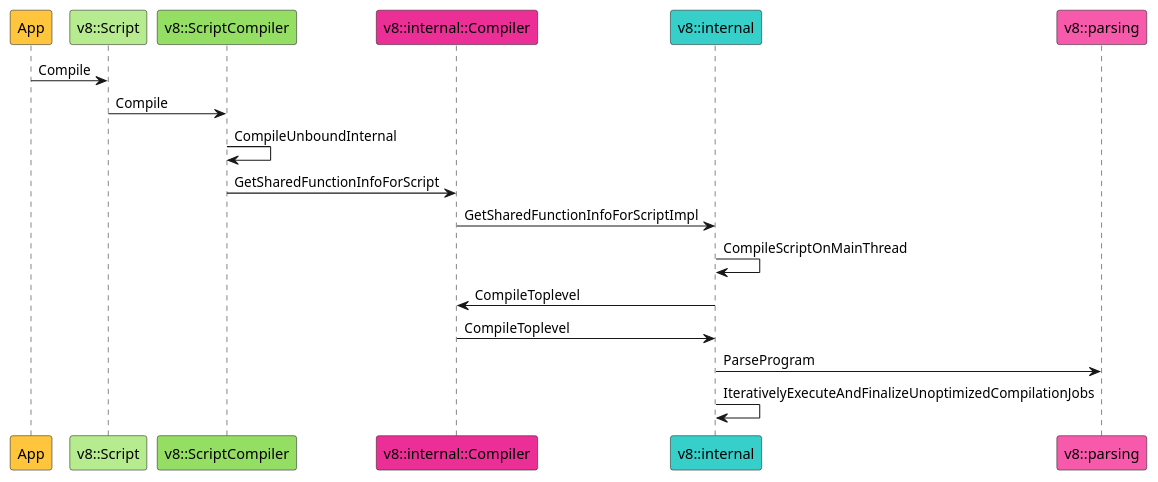
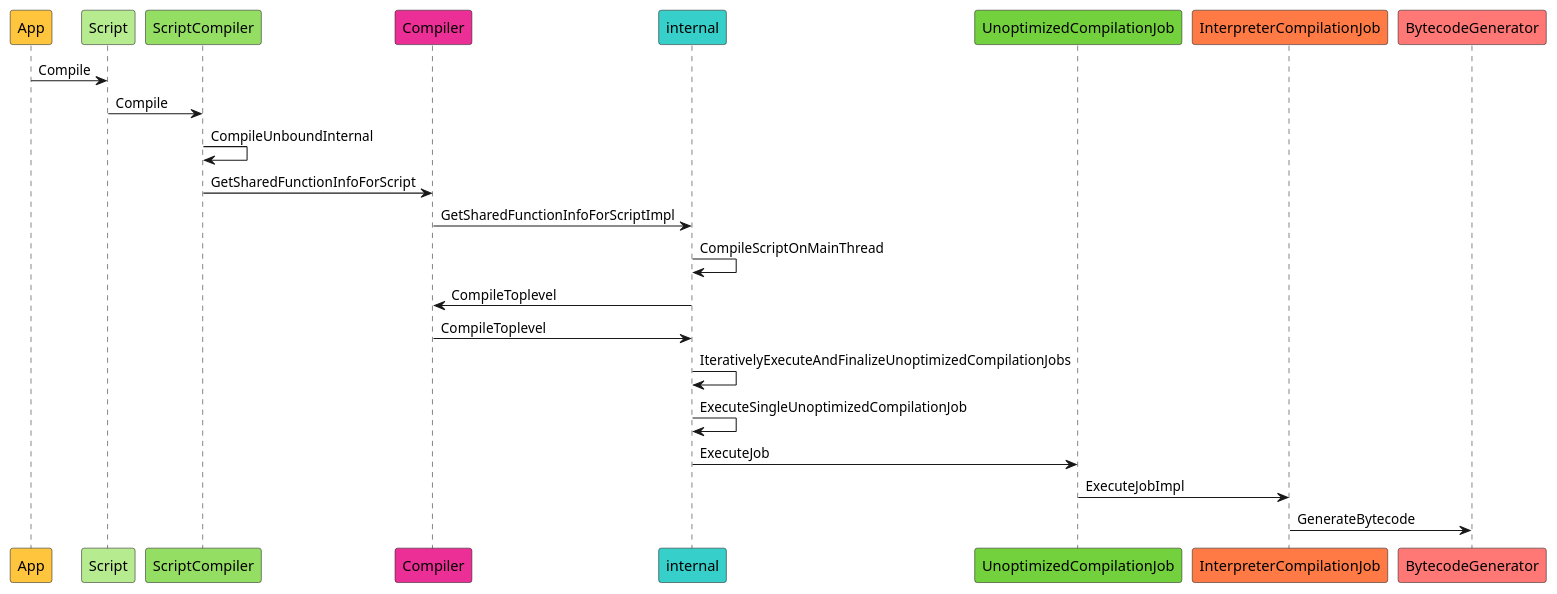
The diagram in docs/v8.puml (lusing/misc), drawn with PlantUML before and after one commit. The commit also changed 7 other files, not shown here.

```diff
--- a/docs/v8.puml
+++ b/docs/v8.puml
@@ -1,18 +1,23 @@
 @startuml
 participant App #ffc53d
-participant "v8::Script" as v8_script #b7eb8f
-participant "v8::ScriptCompiler" as v8_scriptCompiler #95de64
-participant "v8::internal::Compiler" as internal_Compiler #eb2f96
-participant "v8::internal" as internal #36cfc9
-participant "v8::parsing" as parsing #f759ab
+participant "Script" as v8_script #b7eb8f
+participant "ScriptCompiler" as v8_scriptCompiler #95de64
+participant "Compiler" as internal_Compiler #eb2f96
+participant "internal" as internal #36cfc9
+participant "UnoptimizedCompilationJob" as job1 #73d13d
+participant "InterpreterCompilationJob" as job2 #ff7a45
+participant "BytecodeGenerator" as gen #ff7875
 App -> v8_script : Compile
 v8_script -> v8_scriptCompiler : Compile
 v8_scriptCompiler -> v8_scriptCompiler : CompileUnboundInternal
 v8_scriptCompiler -> internal_Compiler : GetSharedFunctionInfoForScript
 internal_Compiler -> internal : GetSharedFunctionInfoForScriptImpl
 internal -> internal : CompileScriptOnMainThread
 internal -> internal_Compiler : CompileToplevel
 internal_Compiler -> internal : CompileToplevel
-internal -> parsing : ParseProgram
 internal -> internal : IterativelyExecuteAndFinalizeUnoptimizedCompilationJobs
+internal -> internal : ExecuteSingleUnoptimizedCompilationJob
+internal -> job1 : ExecuteJob
+job1 -> job2 : ExecuteJobImpl
+job2 -> gen : GenerateBytecode
 @enduml
```
